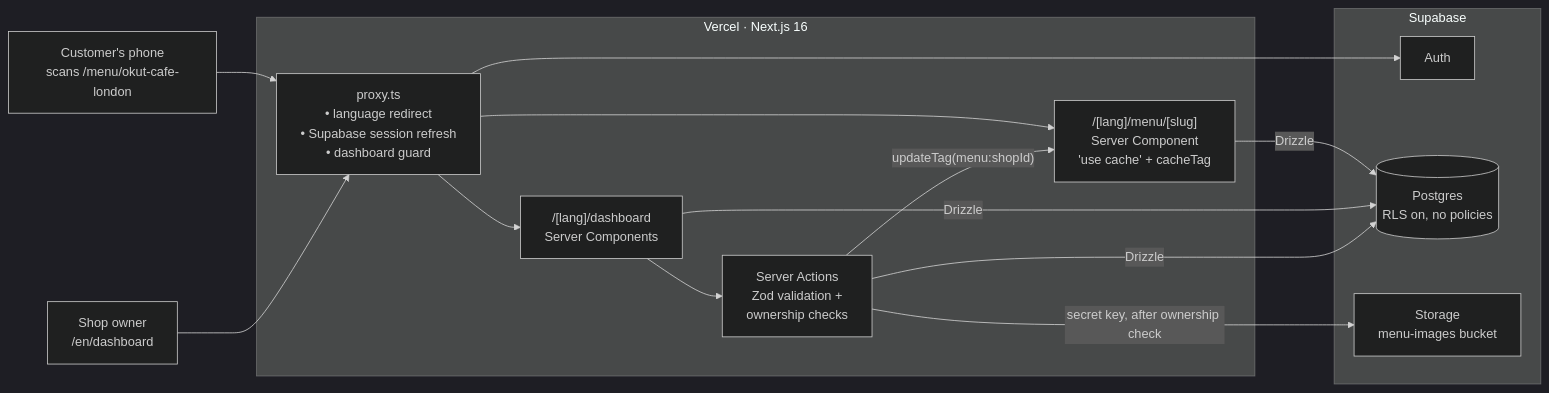
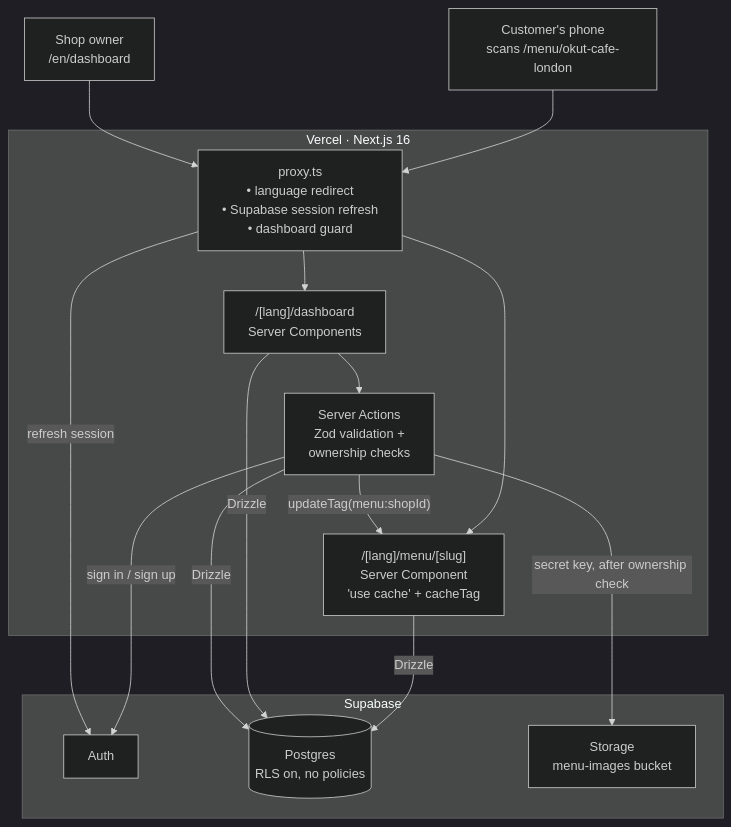
One commit to huseyincansoylu/okut changed the first of 2 diagrams in README.md. Above: the diagram before and after it, drawn with Mermaid (dark theme). The commit also changed other lines of this file and 6 other files, not shown here.

````diff
--- a/README.md
+++ b/README.md
@@ -42,28 +42,29 @@
 ```mermaid
-flowchart LR
+flowchart TB
     phone["Customer's phone<br/>scans /menu/okut-cafe-london"] --> proxy
     owner["Shop owner<br/>/en/dashboard"] --> proxy
 
     subgraph vercel["Vercel · Next.js 16"]
         proxy["proxy.ts<br/>• language redirect<br/>• Supabase session refresh<br/>• dashboard guard"]
         menu["/[lang]/menu/[slug]<br/>Server Component<br/>'use cache' + cacheTag"]
         dash["/[lang]/dashboard<br/>Server Components"]
         actions["Server Actions<br/>Zod validation +<br/>ownership checks"]
     end
 
     subgraph supabase["Supabase"]
         auth["Auth"]
         db[("Postgres<br/>RLS on, no policies")]
         storage["Storage<br/>menu-images bucket"]
     end
 
     proxy --> menu
     proxy --> dash
     dash --> actions
     menu -- Drizzle --> db
     dash -- Drizzle --> db
     actions -- Drizzle --> db
     actions -- "secret key, after ownership check" --> storage
     actions -- "updateTag(menu:shopId)" --> menu
-    proxy --> auth
+    actions -- "sign in / sign up" --> auth
+    proxy -- "refresh session" --> auth
 ```
````
